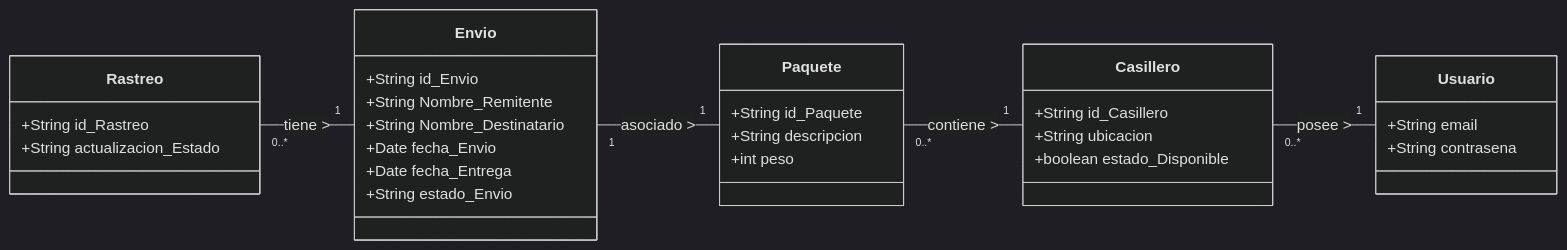
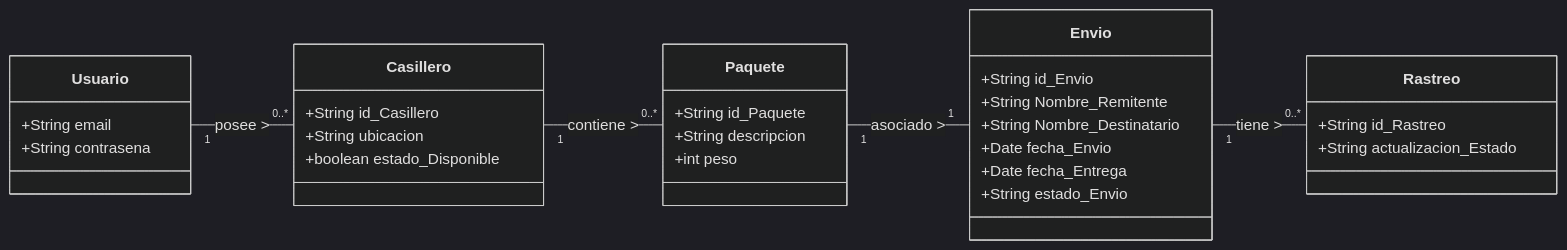
Before and after one commit to JeremyMurilloo/II-51-Laboratorios: the diagram in LAB01/Sistema casillero.mmd, drawn with Mermaid (dark theme).

Commit message:
Corregir dirección del diagrama de clases a LR

```diff
--- a/LAB01/Sistema casillero.mmd
+++ b/LAB01/Sistema casillero.mmd
@@ -1,45 +1,45 @@
 classDiagram
-direction RL
+direction LR
 
 
 %%usuario
 %%Casillero
 %%Paquete
 %%Envio
 %%Rastreo
 
 class Usuario{
     +String email
     +String contrasena
     }
 
 class Casillero{
     +String id_Casillero
     +String ubicacion
     +boolean estado_Disponible
 }
 
 class Paquete{
     +String id_Paquete
     +String descripcion
     +int peso
     }
 
 class Envio{
     +String id_Envio
     +String Nombre_Remitente
     +String Nombre_Destinatario
     +Date fecha_Envio
     +Date fecha_Entrega
     +String estado_Envio
     }
 
 class Rastreo{
   +String id_Rastreo
   +String actualizacion_Estado
 }
 
 Usuario "1" -- "0..*" Casillero : posee >
 Casillero "1" -- "0..*" Paquete : contiene > 
 Paquete "1" -- "1" Envio : asociado >
 Envio "1" -- "0..*" Rastreo : tiene >
```
